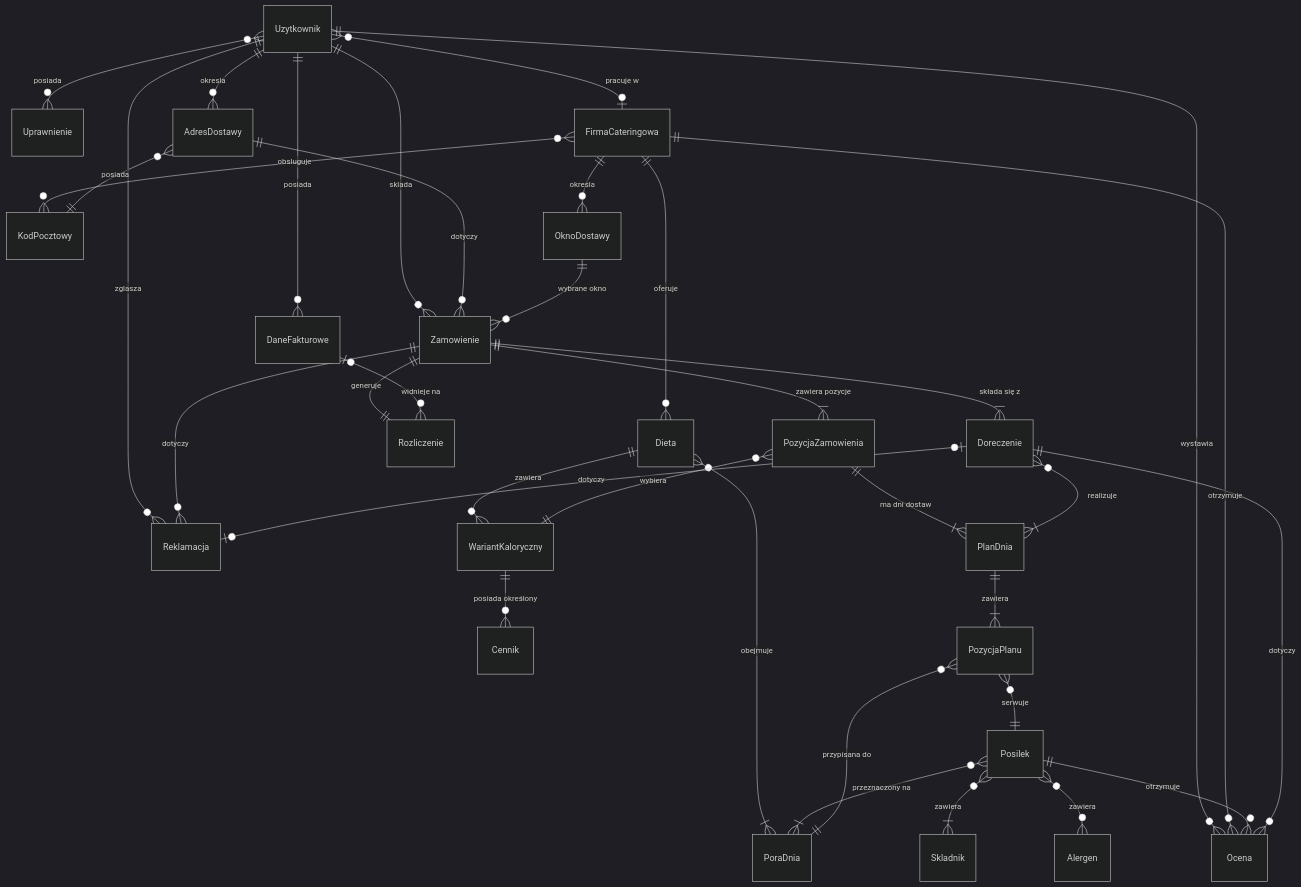
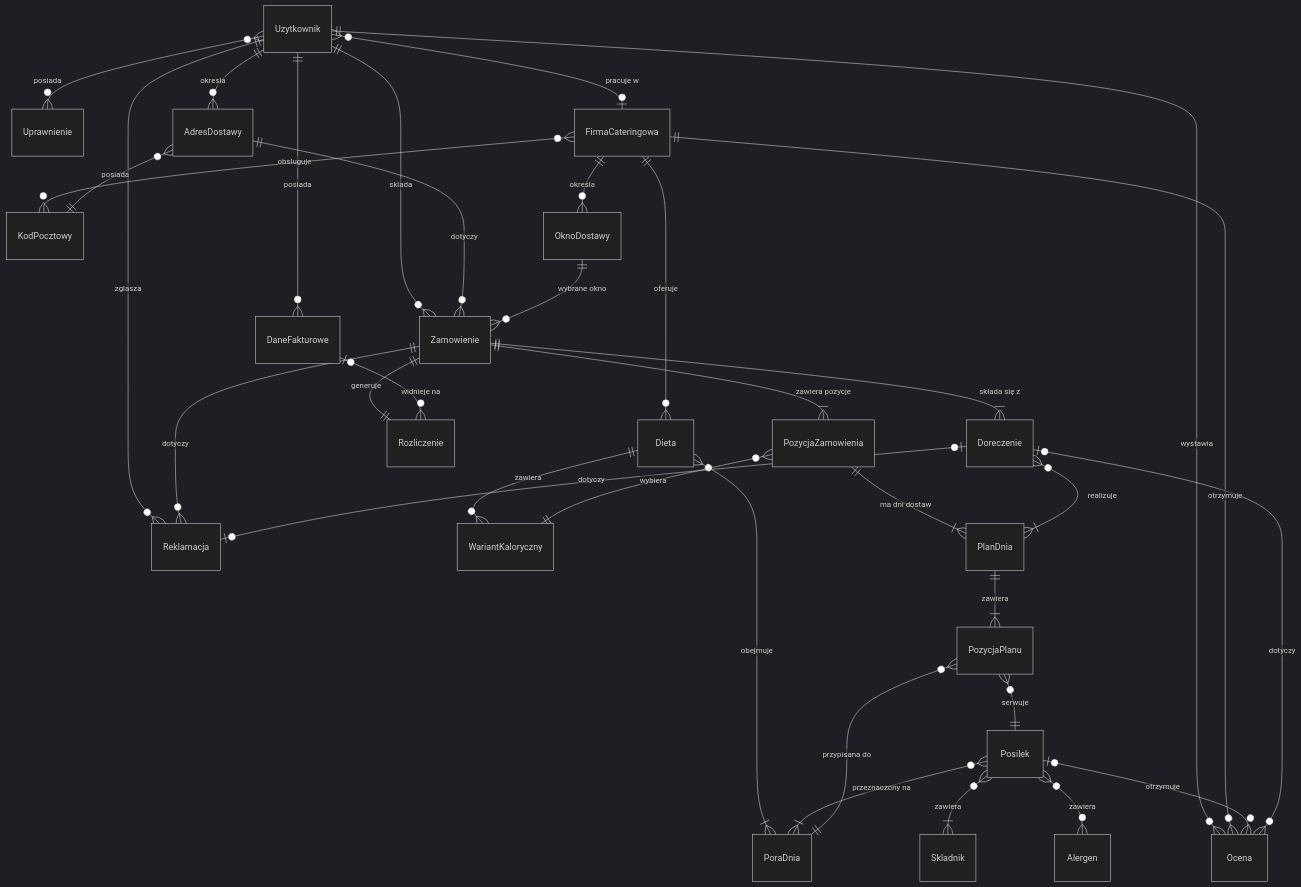
The diagram in ERD.md (M1KUS3Q/spolka-inwestycyjna-maciej-frackiewicz), drawn with Mermaid (dark theme) before and after one commit.

Commit message:
minor fixes

````diff
--- a/ERD.md
+++ b/ERD.md
@@ -5,47 +5,45 @@
 ```mermaid
 erDiagram
     Uzytkownik }o--o{ Uprawnienie : "posiada"
     Uzytkownik ||--o{ AdresDostawy : "okresla"
     Uzytkownik ||--o{ DaneFakturowe : "posiada"
     Uzytkownik ||--o{ Zamowienie : "sklada"
     Uzytkownik ||--o{ Ocena : "wystawia"
     Uzytkownik ||--o{ Reklamacja : "zglasza"
     Uzytkownik }o--o| FirmaCateringowa : "pracuje w"
 
     FirmaCateringowa }o--o{ KodPocztowy : "obsluguje"
     FirmaCateringowa ||--o{ Dieta : "oferuje"
     FirmaCateringowa ||--o{ OknoDostawy : "okresla"
     FirmaCateringowa ||--o{ Ocena : "otrzymuje"
 
     Dieta ||--o{ WariantKaloryczny : "zawiera"
     Dieta }o--|{ PoraDnia : "obejmuje"
 
-    WariantKaloryczny ||--o{ Cennik : "posiada określony"
-
     PozycjaZamowienia }o--|| WariantKaloryczny : "wybiera"
     PozycjaZamowienia ||--|{ PlanDnia : "ma dni dostaw"
 
     Posilek }o--|{ PoraDnia : "przeznaczony na"
     Posilek }o--|{ Skladnik : "zawiera"
     Posilek }o--o{ Alergen : "zawiera"
-    Posilek ||--o{ Ocena : "otrzymuje"
+    Posilek |o--o{ Ocena : "otrzymuje"
 
     PlanDnia ||--|{ PozycjaPlanu : "zawiera"
     PozycjaPlanu }o--|| PoraDnia : "przypisana do"
     PozycjaPlanu }o--|| Posilek : "serwuje"
 
     AdresDostawy ||--o{ Zamowienie : "dotyczy"
     AdresDostawy }o--|| KodPocztowy : "posiada"
     OknoDostawy ||--o{ Zamowienie : "wybrane okno"
 
     Zamowienie ||--|{ PozycjaZamowienia : "zawiera pozycje"
     Zamowienie ||--|| Rozliczenie : "generuje"
     Zamowienie ||--|{ Doreczenie : "składa się z"
     Zamowienie ||--o{ Reklamacja : "dotyczy"
 
     DaneFakturowe |o--o{ Rozliczenie : "widnieje na"
 
     Doreczenie }o--|{ PlanDnia : "realizuje"
     Doreczenie |o--o| Reklamacja : "dotyczy"
-    Doreczenie ||--o{ Ocena : "dotyczy"
+    Doreczenie |o--o{ Ocena : "dotyczy"
 ```
````
